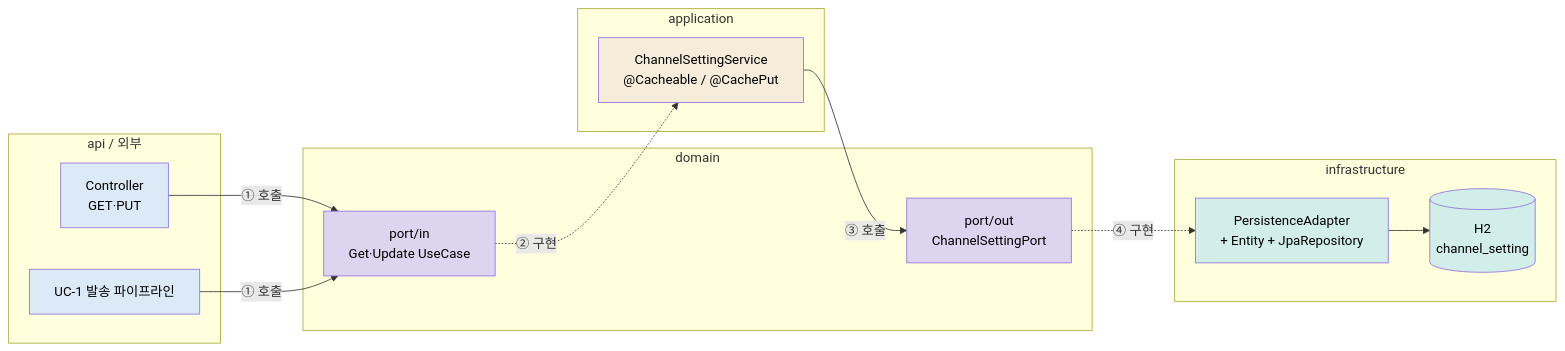
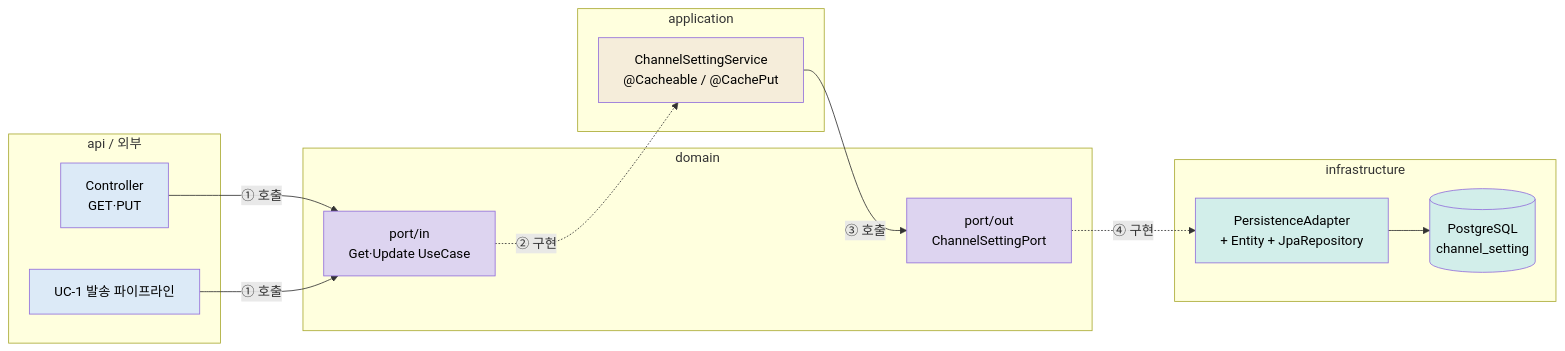
Before and after one commit to scofe97/notification-lab: the diagram in apps/notification-service/docs/learning/UC-4-channel-setting.md, drawn with Mermaid. The commit also changed 5 other files, not shown here.

````diff
--- a/apps/notification-service/docs/learning/UC-4-channel-setting.md
+++ b/apps/notification-service/docs/learning/UC-4-channel-setting.md
@@ -25,31 +25,31 @@
 ```mermaid
 flowchart LR
     subgraph OUT["infrastructure"]
         ADP["PersistenceAdapter<br>+ Entity + JpaRepository"]
-        DB[("H2<br>channel_setting")]
+        DB[("PostgreSQL<br>channel_setting")]
     end
     subgraph CORE["domain"]
         PIN["port/in<br>Get·Update UseCase"]
         POUT["port/out<br>ChannelSettingPort"]
     end
     subgraph APP["application"]
         SVC["ChannelSettingService<br>@Cacheable / @CachePut"]
     end
     subgraph IN["api / 외부"]
         CTRL["Controller<br>GET·PUT"]
         SEND["UC-1 발송 파이프라인"]
     end
     CTRL -->|"① 호출"| PIN
     SEND -->|"① 호출"| PIN
     PIN -.->|"② 구현"| SVC
     SVC -->|"③ 호출"| POUT
     POUT -.->|"④ 구현"| ADP
     ADP --> DB
     style CTRL fill:#dceaf7,color:#000
     style SEND fill:#dceaf7,color:#000
     style SVC fill:#f5edda,color:#000
     style PIN fill:#ddd4f0,color:#000
     style POUT fill:#ddd4f0,color:#000
     style ADP fill:#d2eeea,color:#000
     style DB fill:#d2eeea,color:#000
 ```
````
